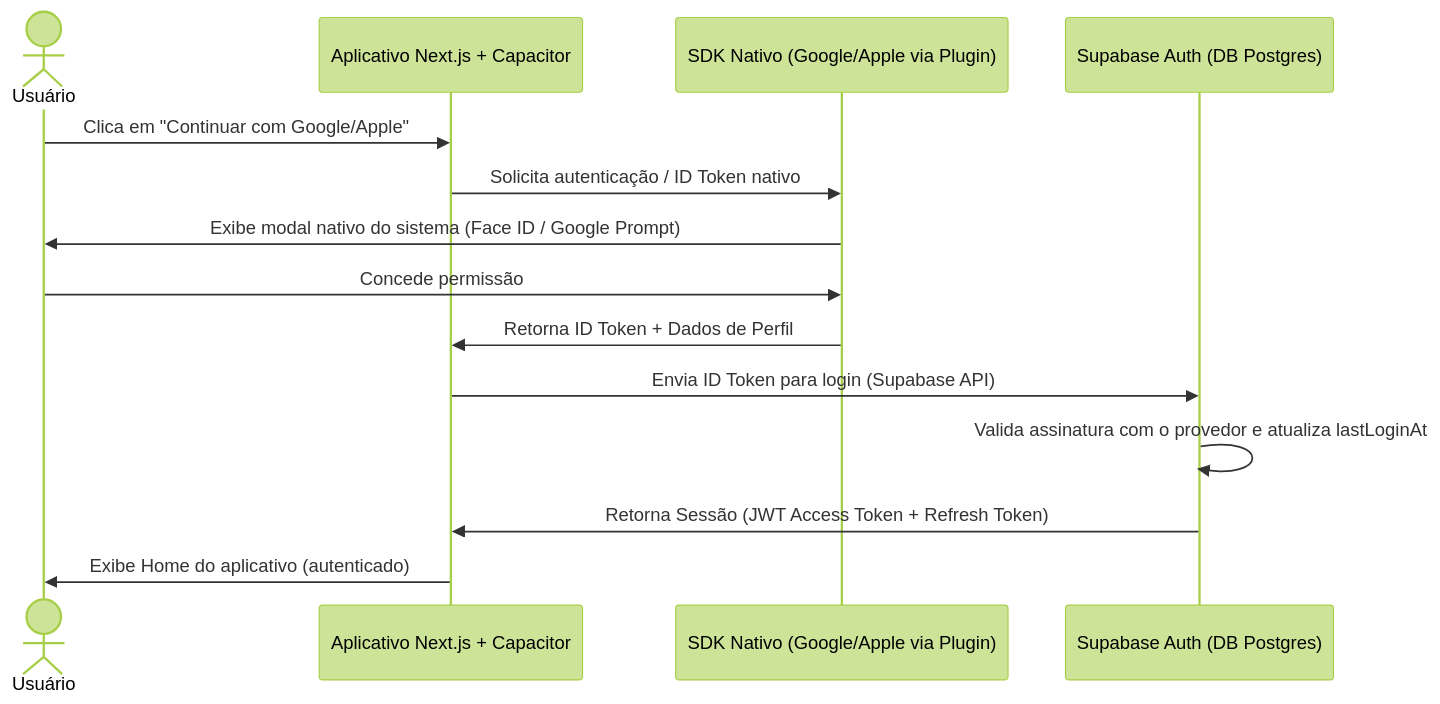
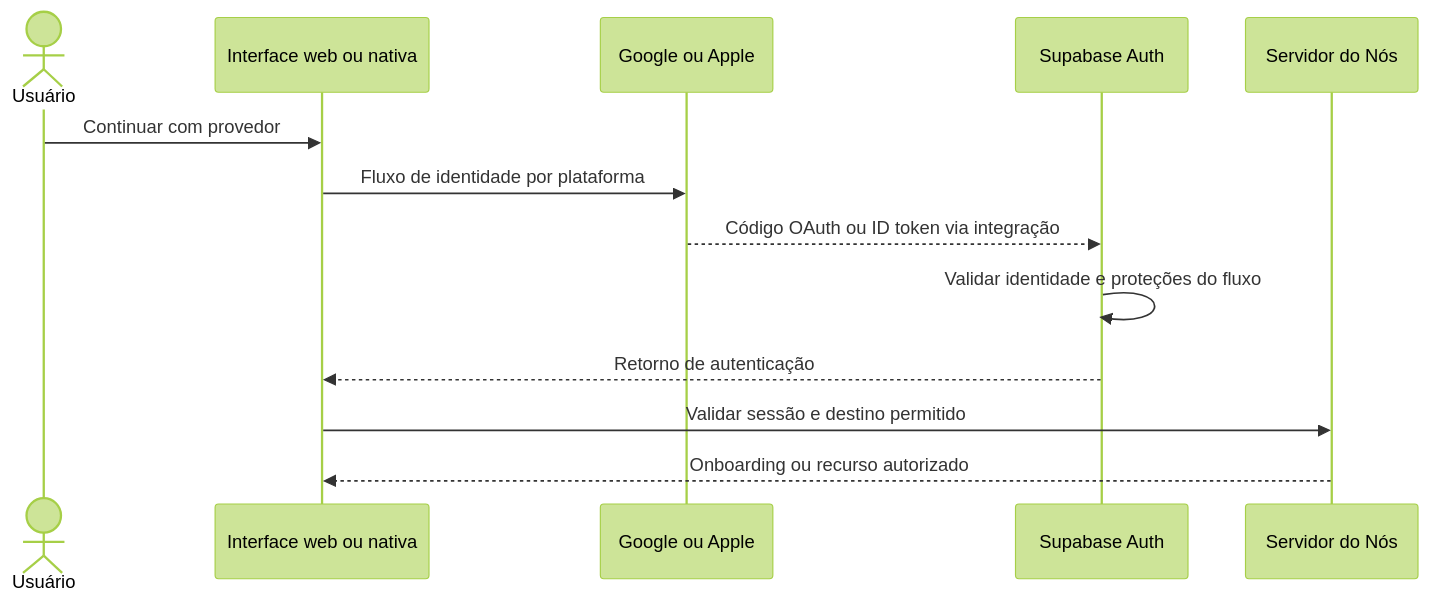
One commit to efraimrsilva/nos changed the first of 2 diagrams in Documentacao_Projeto_Nos/Projeto_Nos_v2.8_Autenticacao_e_Seguranca.md. Above: the diagram before and after it, drawn with Mermaid (forest theme). The commit also changed other lines of this file and 73 other files, not shown here.

````diff
--- a/Documentacao_Projeto_Nos/Projeto_Nos_v2.8_Autenticacao_e_Seguranca.md
+++ b/Documentacao_Projeto_Nos/Projeto_Nos_v2.8_Autenticacao_e_Seguranca.md
@@ -97,17 +144,15 @@
 ```mermaid
 sequenceDiagram
     actor Usuario as Usuário
-    participant App as Aplicativo Next.js + Capacitor
-    participant OAuth as SDK Nativo (Google/Apple via Plugin)
-    participant Backend as Supabase Auth (DB Postgres)
-
-    Usuario->>App: Clica em "Continuar com Google/Apple"
-    App->>OAuth: Solicita autenticação / ID Token nativo
-    OAuth->>Usuario: Exibe modal nativo do sistema (Face ID / Google Prompt)
-    Usuario->>OAuth: Concede permissão
-    OAuth->>App: Retorna ID Token + Dados de Perfil
-    App->>Backend: Envia ID Token para login (Supabase API)
-    Backend->>Backend: Valida assinatura com o provedor e atualiza lastLoginAt
-    Backend->>App: Retorna Sessão (JWT Access Token + Refresh Token)
-    App->>Usuario: Exibe Home do aplicativo (autenticado)
+    participant App as Interface web ou nativa
+    participant Provedor as Google ou Apple
+    participant Auth as Supabase Auth
+    participant Servidor as Servidor do Nós
+    Usuario->>App: Continuar com provedor
+    App->>Provedor: Fluxo de identidade por plataforma
+    Provedor-->>Auth: Código OAuth ou ID token via integração
+    Auth->>Auth: Validar identidade e proteções do fluxo
+    Auth-->>App: Retorno de autenticação
+    App->>Servidor: Validar sessão e destino permitido
+    Servidor-->>App: Onboarding ou recurso autorizado
 ```
````
